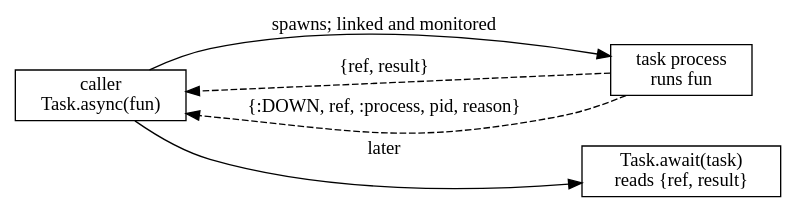
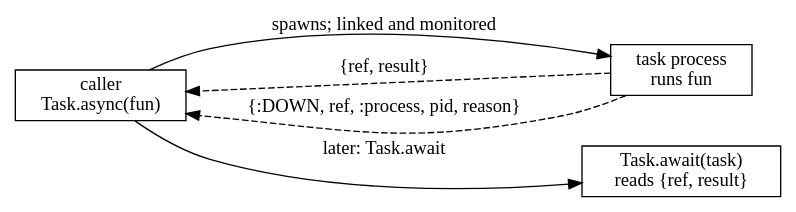
Before and after one commit to danceinthefake/visualixir: the diagram in docs/diagrams/task/async-await.dot, drawn with Graphviz. The commit also changed 29 other files, not shown here.

First line of the commit message:
Diagrams: enlarge dialog with zoom, step-through for sequence diagrams

```diff
--- a/docs/diagrams/task/async-await.dot
+++ b/docs/diagrams/task/async-await.dot
@@ -1,11 +1,11 @@
 digraph async_await {
   rankdir=LR
   node [shape=box]
   caller [label="caller\nTask.async(fun)" class=hl]
   task [label="task process\nruns fun"]
-  caller -> task [label=" spawns; linked and monitored"]
-  task -> caller [label=" {ref, result}" style=dashed]
-  task -> caller [label=" {:DOWN, ref, :process, pid, reason}" style=dashed class=dim]
+  caller -> task [id=step1 label=" spawns; linked and monitored"]
+  task -> caller [id=step2 label=" {ref, result}" style=dashed]
+  task -> caller [id=step3 label=" {:DOWN, ref, :process, pid, reason}" style=dashed class=dim]
   aw [label="Task.await(task)\nreads {ref, result}"]
-  caller -> aw [label=" later"]
+  caller -> aw [id=step4 label=" later: Task.await"]
 }
```
